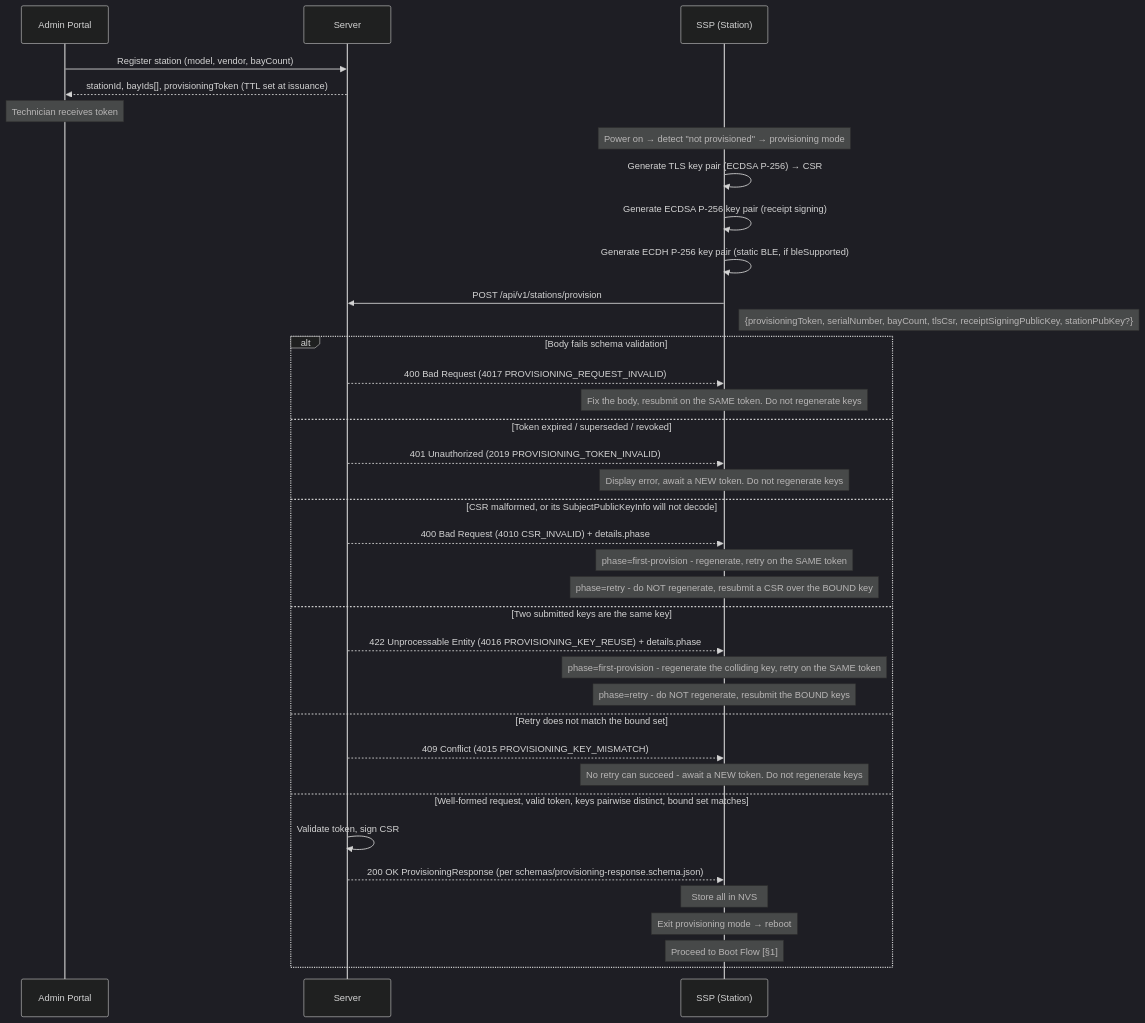
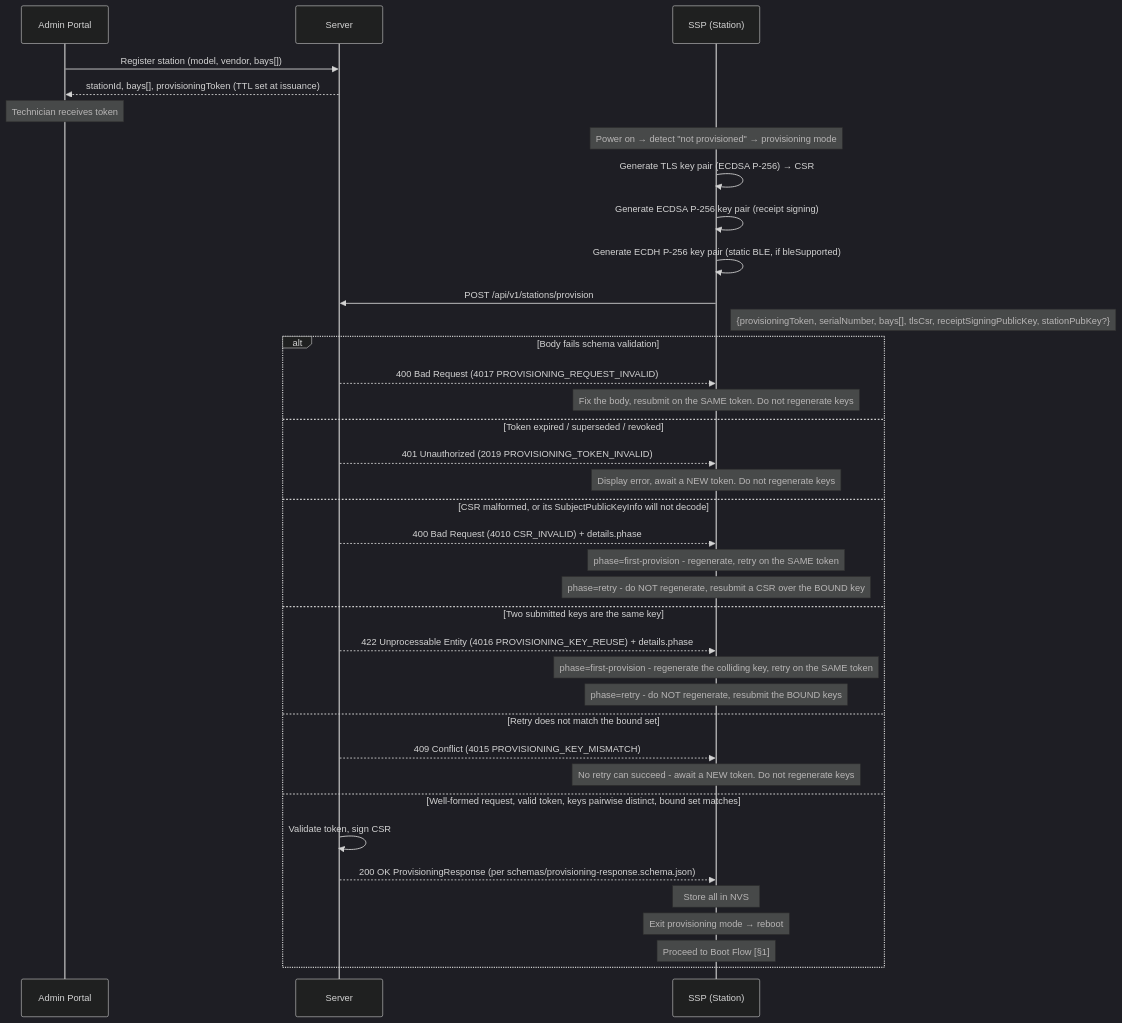
The second of 19 diagrams in spec/04-flows.md (ospp-org/spec), drawn with Mermaid (dark theme) before and after one commit. The commit also changed other lines of this file and 26 other files, not shown here.

````diff
--- a/spec/04-flows.md
+++ b/spec/04-flows.md
@@ -199,44 +199,44 @@
 ```mermaid
 sequenceDiagram
     participant Admin as Admin Portal
     participant Server
     participant SSP as SSP (Station)
 
-    Admin->>Server: Register station (model, vendor, bayCount)
-    Server-->>Admin: stationId, bayIds[], provisioningToken (TTL set at issuance)
+    Admin->>Server: Register station (model, vendor, bays[])
+    Server-->>Admin: stationId, bays[], provisioningToken (TTL set at issuance)
     Note over Admin: Technician receives token
 
     Note over SSP: Power on → detect "not provisioned" → provisioning mode
 
     SSP->>SSP: Generate TLS key pair (ECDSA P-256) → CSR
     SSP->>SSP: Generate ECDSA P-256 key pair (receipt signing)
     SSP->>SSP: Generate ECDH P-256 key pair (static BLE, if bleSupported)
 
     SSP->>Server: POST /api/v1/stations/provision
-    Note right of SSP: {provisioningToken, serialNumber, bayCount, tlsCsr, receiptSigningPublicKey, stationPubKey?}
+    Note right of SSP: {provisioningToken, serialNumber, bays[], tlsCsr, receiptSigningPublicKey, stationPubKey?}
 
     alt Body fails schema validation
         Server-->>SSP: 400 Bad Request (4017 PROVISIONING_REQUEST_INVALID)
         Note over SSP: Fix the body, resubmit on the SAME token. Do not regenerate keys
     else Token expired / superseded / revoked
         Server-->>SSP: 401 Unauthorized (2019 PROVISIONING_TOKEN_INVALID)
         Note over SSP: Display error, await a NEW token. Do not regenerate keys
     else CSR malformed, or its SubjectPublicKeyInfo will not decode
         Server-->>SSP: 400 Bad Request (4010 CSR_INVALID) + details.phase
         Note over SSP: phase=first-provision - regenerate, retry on the SAME token
         Note over SSP: phase=retry - do NOT regenerate, resubmit a CSR over the BOUND key
     else Two submitted keys are the same key
         Server-->>SSP: 422 Unprocessable Entity (4016 PROVISIONING_KEY_REUSE) + details.phase
         Note over SSP: phase=first-provision - regenerate the colliding key, retry on the SAME token
         Note over SSP: phase=retry - do NOT regenerate, resubmit the BOUND keys
     else Retry does not match the bound set
         Server-->>SSP: 409 Conflict (4015 PROVISIONING_KEY_MISMATCH)
         Note over SSP: No retry can succeed - await a NEW token. Do not regenerate keys
     else Well-formed request, valid token, keys pairwise distinct, bound set matches
         Server->>Server: Validate token, sign CSR
         Server-->>SSP: 200 OK ProvisioningResponse (per schemas/provisioning-response.schema.json)
         Note over SSP: Store all in NVS
         Note over SSP: Exit provisioning mode → reboot
         Note over SSP: Proceed to Boot Flow [§1]
     end
 ```
````
